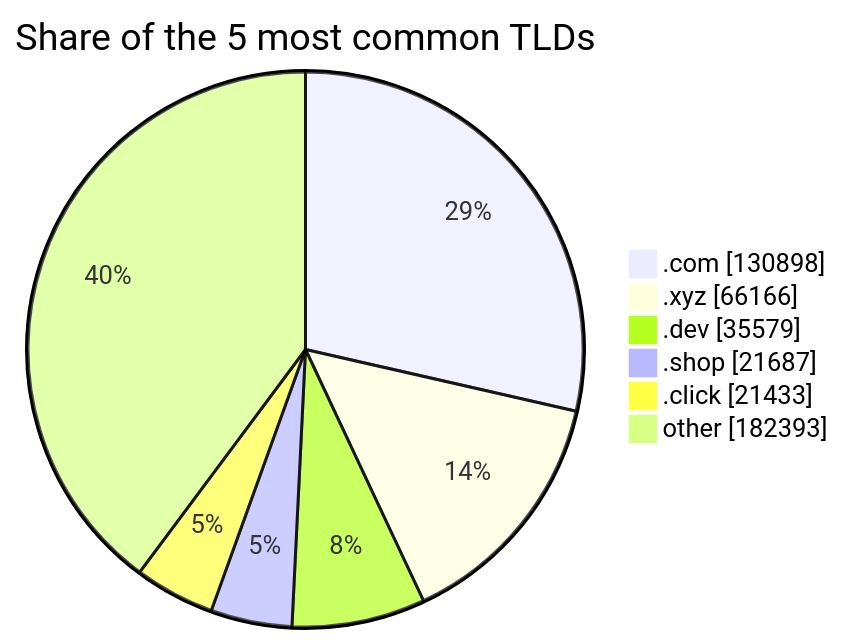
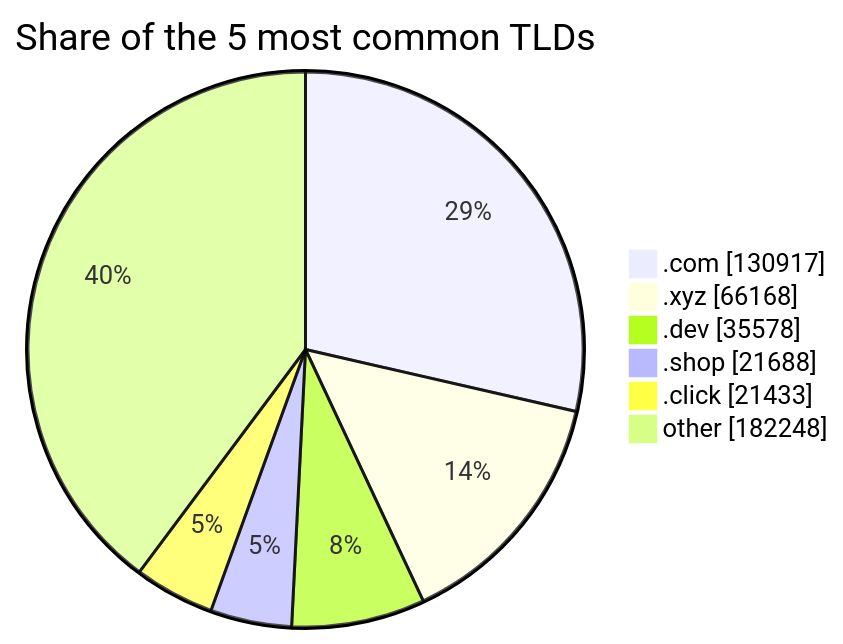
Before and after one commit to DNSBunker/CTI: the third of 3 diagrams in README.md, drawn with Mermaid. The commit also changed other lines of this file and 3 other files, not shown here.

````diff
--- a/README.md
+++ b/README.md
@@ -81,9 +81,9 @@
 ```mermaid
 pie showData title Share of the 5 most common TLDs
-    ".com" : 130898
-    ".xyz" : 66166
-    ".dev" : 35579
-    ".shop" : 21687
+    ".com" : 130917
+    ".xyz" : 66168
+    ".dev" : 35578
+    ".shop" : 21688
     ".click" : 21433
-    "other" : 182393
+    "other" : 182248
 ```
````
